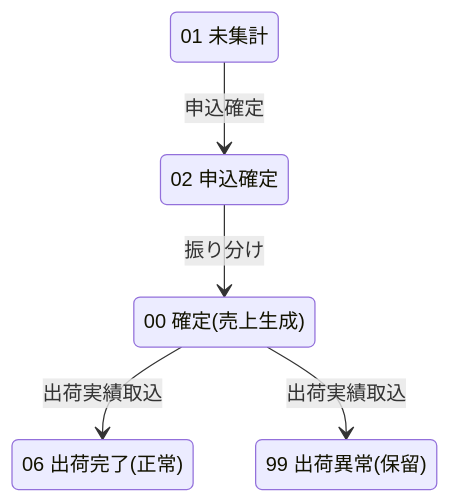
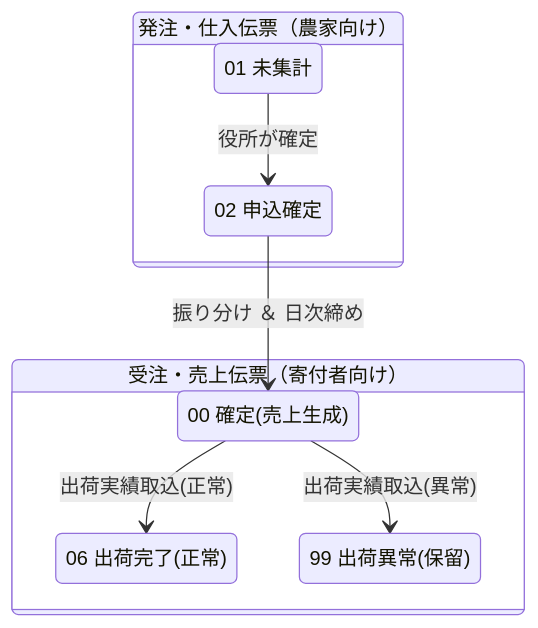
Before and after one commit to totototo0526/arida-furusato-nozei: the second of 2 diagrams in src/manual/01_overview.md, drawn with Mermaid. The commit also changed 1 other file, not shown here.

Commit message:
docs: ステータス遷移図を仕入側と売上側に分離

````diff
--- a/src/manual/01_overview.md
+++ b/src/manual/01_overview.md
@@ -92,13 +92,19 @@
 ```mermaid
 stateDiagram-v2
-    state "01 未集計" as s01
-    state "02 申込確定" as s02
-    state "00 確定(売上生成)" as s00
-    state "06 出荷完了(正常)" as s06
-    state "99 出荷異常(保留)" as s99
+    state "発注・仕入伝票（農家向け）" as Purchase {
+        state "01 未集計" as p01
+        state "02 申込確定" as p02
+        p01 --> p02 : 役所が確定
+    }
     
-    s01 --> s02 : 申込確定
-    s02 --> s00 : 振り分け
-    s00 --> s06 : 出荷実績取込
-    s00 --> s99 : 出荷実績取込
+    state "受注・売上伝票（寄付者向け）" as Sales {
+        state "00 確定(売上生成)" as s00
+        state "06 出荷完了(正常)" as s06
+        state "99 出荷異常(保留)" as s99
+        
+        s00 --> s06 : 出荷実績取込(正常)
+        s00 --> s99 : 出荷実績取込(異常)
+    }
+    
+    p02 --> s00 : 振り分け ＆ 日次締め
 ```
````
